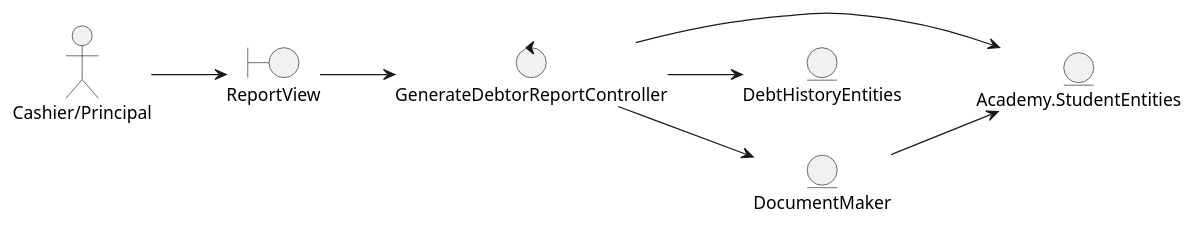
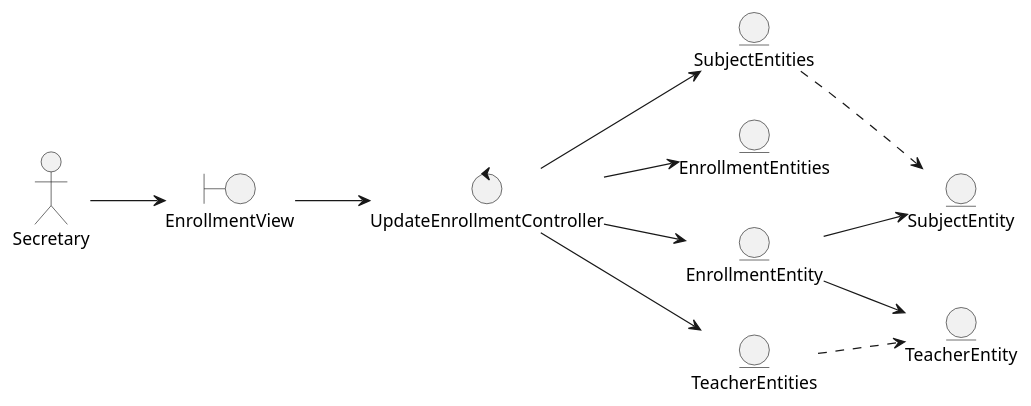
Before and after one commit to wsmcbl/wsmcbl.doc: the diagram in DesignView/AnalysisView/UseCaseAnalysis/CU20.UpdateEnrollment/Classes.CU20.Analysis.puml, drawn with PlantUML. The commit also changed 3 other files, not shown here.

```diff
--- a/DesignView/AnalysisView/UseCaseAnalysis/CU20.UpdateEnrollment/Classes.CU20.Analysis.puml
+++ b/DesignView/AnalysisView/UseCaseAnalysis/CU20.UpdateEnrollment/Classes.CU20.Analysis.puml
@@ -1,28 +1,36 @@
 @startuml
 left to right direction
 
-actor "Cashier/Principal"
+actor Secretary
 
-boundary ReportView
+boundary EnrollmentView
 
-control GenerateDebtorReportController
+control UpdateEnrollmentController
 
-entity Academy.StudentEntities
-entity DebtHistoryEntities
-entity DocumentMaker
+entity EnrollmentEntity
+entity EnrollmentEntities
+entity SubjectEntities
+entity SubjectEntity
+entity TeacherEntities
+entity TeacherEntity
 
 
 '--- Actor relations ---
-"Cashier/Principal" --> ReportView
+Secretary --> EnrollmentView
 
 '--- Views relations ---
-ReportView --> GenerateDebtorReportController
+EnrollmentView --> UpdateEnrollmentController
 
 '--- Controllers relations ---
-GenerateDebtorReportController --> Academy.StudentEntities
-GenerateDebtorReportController --> DebtHistoryEntities
-GenerateDebtorReportController --> DocumentMaker
+UpdateEnrollmentController --> EnrollmentEntity
+UpdateEnrollmentController --> EnrollmentEntities
+UpdateEnrollmentController --> TeacherEntities
+UpdateEnrollmentController --> SubjectEntities
 
 '--- Entity relations ---
-DocumentMaker --> Academy.StudentEntities
+EnrollmentEntity --> TeacherEntity
+EnrollmentEntity --> SubjectEntity
+
+TeacherEntities ..> TeacherEntity
+SubjectEntities ..> SubjectEntity
 @enduml
```
